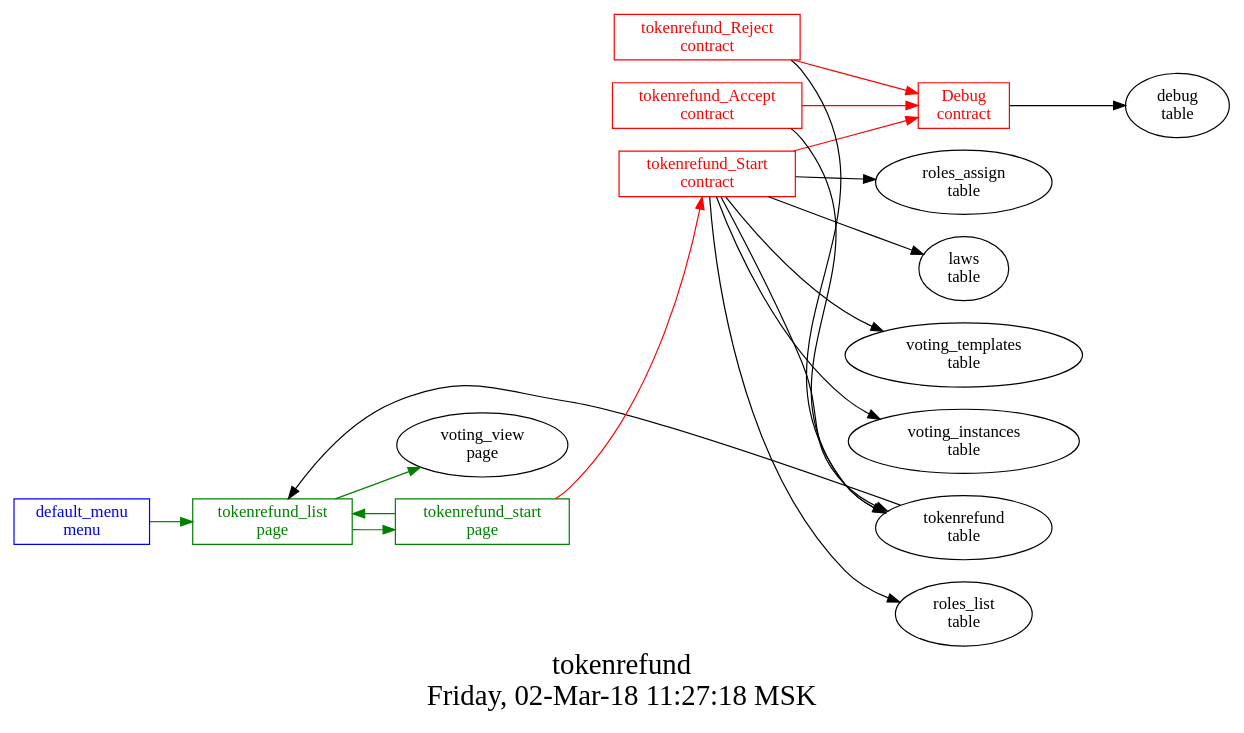
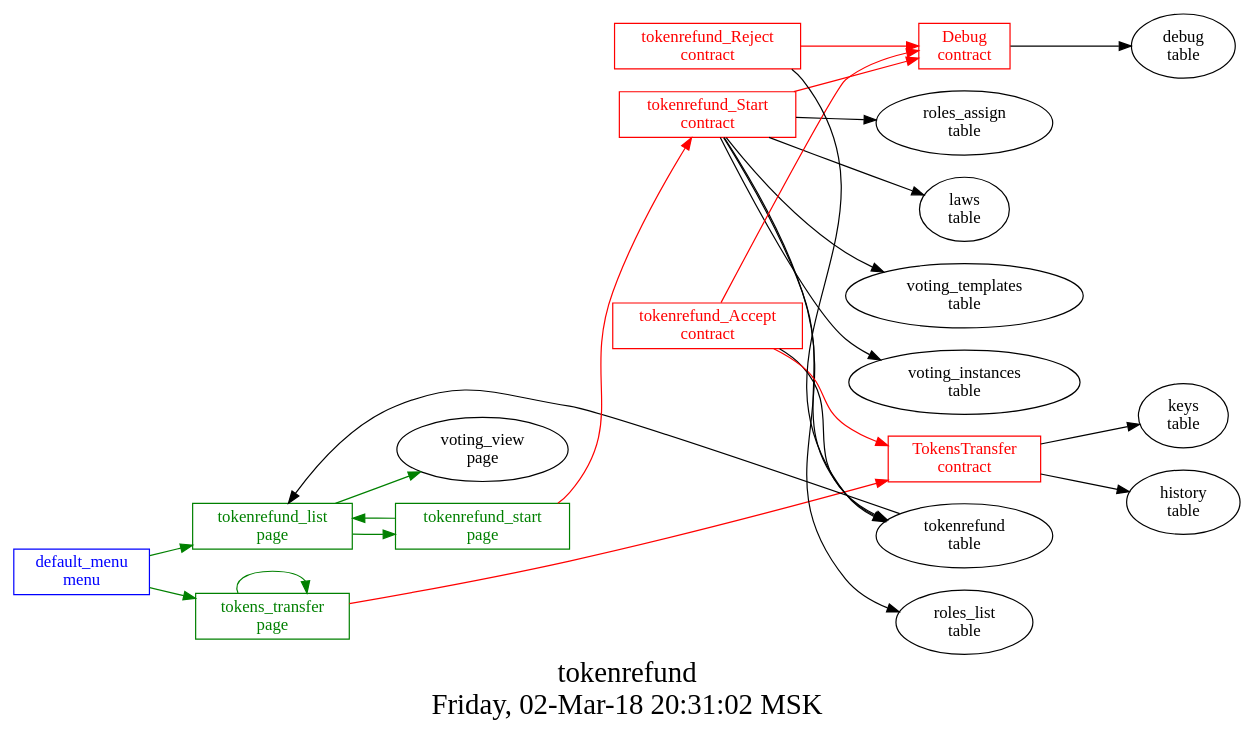
The diagram in src/tokenrefund/struct.dot (AplaProject/apps), drawn with Graphviz before and after one commit. The commit also changed 14 other files, not shown here.

Commit message:
+ transfer tokens

```diff
--- a/src/tokenrefund/struct.dot
+++ b/src/tokenrefund/struct.dot
@@ -1,38 +1,46 @@
 digraph G {
 graph [
   fontsize="24";
-  label="tokenrefund\nFriday, 02-Mar-18 11:27:18 MSK";
+  label="tokenrefund\nFriday, 02-Mar-18 20:31:02 MSK";
   nojustify=true;
   ordering=out;
   rankdir=LR;
   size="30";
 ];
 "default_menu\nmenu" -> "tokenrefund_list\npage"  [ color=green ]
+"default_menu\nmenu" -> "tokens_transfer\npage"  [ color=green ]
 "default_menu\nmenu" [color=blue, fontcolor=blue, group=menus, shape=record];
 "tokenrefund\ntable" -> "tokenrefund_list\npage"  [ color="" ]
 "tokenrefund_list\npage" -> "voting_view\npage"  [ color=green ]
 "tokenrefund_list\npage" -> "tokenrefund_start\npage"  [ color=green ]
 "tokenrefund_list\npage" [color=green, fontcolor=green, group=pages, shape=record];
 "tokenrefund_start\npage" -> "tokenrefund_Start\ncontract"  [ color=red ]
 "tokenrefund_start\npage" -> "tokenrefund_list\npage"  [ color=green ]
 "tokenrefund_start\npage" [color=green, fontcolor=green, group=pages, shape=record];
+"tokens_transfer\npage" -> "TokensTransfer\ncontract"  [ color=red ]
+"tokens_transfer\npage" -> "tokens_transfer\npage"  [ color=green ]
+"tokens_transfer\npage" [color=green, fontcolor=green, group=pages, shape=record];
 "Debug\ncontract" -> "debug\ntable"  [ color="" ]
 "Debug\ncontract" [color=red, fontcolor=red, group=contracts, shape=record];
+"TokensTransfer\ncontract" -> "keys\ntable"  [ color="" ]
+"TokensTransfer\ncontract" -> "history\ntable"  [ color="" ]
+"TokensTransfer\ncontract" [color=red, fontcolor=red, group=contracts, shape=record];
 "tokenrefund_Accept\ncontract" -> "Debug\ncontract"  [ color=red ]
+"tokenrefund_Accept\ncontract" -> "TokensTransfer\ncontract"  [ color=red ]
 "tokenrefund_Accept\ncontract" -> "tokenrefund\ntable"  [ color="" ]
 "tokenrefund_Accept\ncontract" [color=red, fontcolor=red, group=contracts, shape=record];
 "tokenrefund_Reject\ncontract" -> "Debug\ncontract"  [ color=red ]
 "tokenrefund_Reject\ncontract" -> "tokenrefund\ntable"  [ color="" ]
 "tokenrefund_Reject\ncontract" [color=red, fontcolor=red, group=contracts, shape=record];
 "tokenrefund_Start\ncontract" -> "Debug\ncontract"  [ color=red ]
 "tokenrefund_Start\ncontract" -> "roles_assign\ntable"  [ color="" ]
 "tokenrefund_Start\ncontract" -> "laws\ntable"  [ color="" ]
 "tokenrefund_Start\ncontract" -> "voting_templates\ntable"  [ color="" ]
 "tokenrefund_Start\ncontract" -> "voting_instances\ntable"  [ color="" ]
 "tokenrefund_Start\ncontract" -> "tokenrefund\ntable"  [ color="" ]
 "tokenrefund_Start\ncontract" -> "roles_list\ntable"  [ color="" ]
 "tokenrefund_Start\ncontract" [color=red, fontcolor=red, group=contracts, shape=record];
 "debug\ntable" [color="", fontcolor="", group=tables, shape=""];
 "laws\ntable" [color="", fontcolor="", group=tables, shape=""];
 "tokenrefund\ntable" [color="", fontcolor="", group=tables, shape=""];
 }
```
